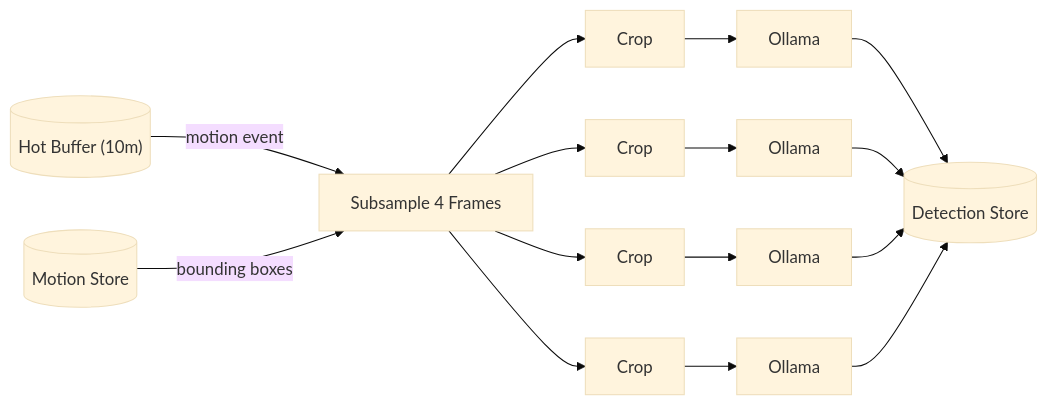
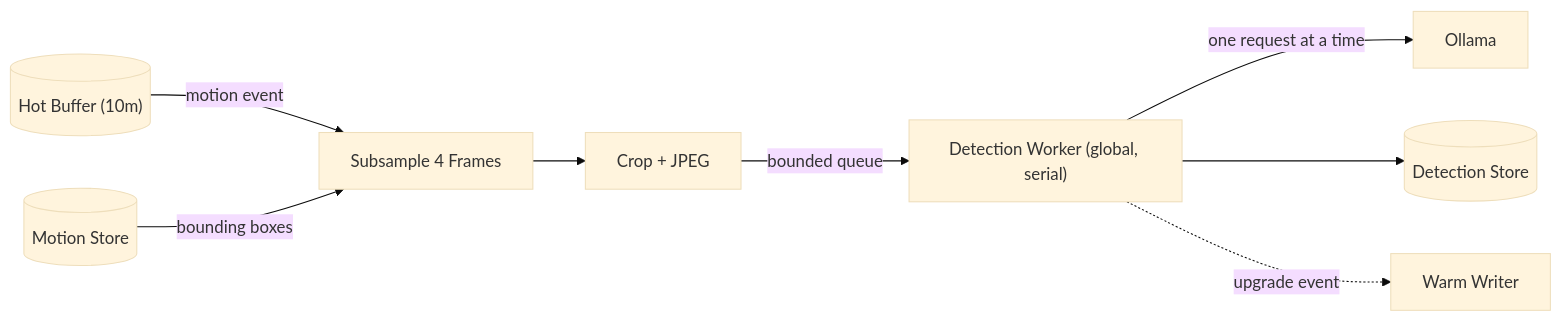
One commit to nsg/camon changed the fourth of 5 diagrams in README.md. Above: the diagram before and after it, drawn with Mermaid (base theme). The commit also changed other lines of this file and 12 other files, not shown here.

````diff
--- a/README.md
+++ b/README.md
@@ -59,9 +60,9 @@
 ```mermaid
 flowchart LR
   HotBuffer[("Hot Buffer (10m)")] -->|motion event| Sub["Subsample 4 Frames"]
   MA[("Motion Store")] -->|bounding boxes| Sub
-  Sub --> Crop1["Crop"] --> Ollama1["Ollama"] --> DS[("Detection Store")]
-  Sub --> Crop2["Crop"] --> Ollama2["Ollama"] --> DS
-  Sub --> Crop3["Crop"] --> Ollama3["Ollama"] --> DS
-  Sub --> Crop4["Crop"] --> Ollama4["Ollama"] --> DS
+  Sub --> Crop["Crop + JPEG"] -->|bounded queue| Worker["Detection Worker (global, serial)"]
+  Worker -->|one request at a time| Ollama["Ollama"]
+  Worker --> DS[("Detection Store")]
+  Worker -.->|upgrade event| WW["Warm Writer"]
 ```
````
